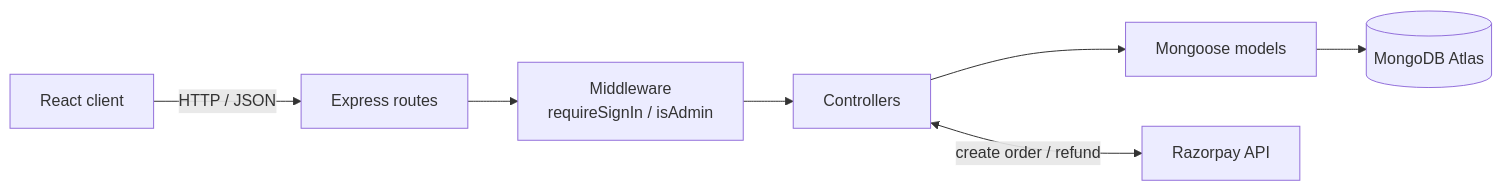
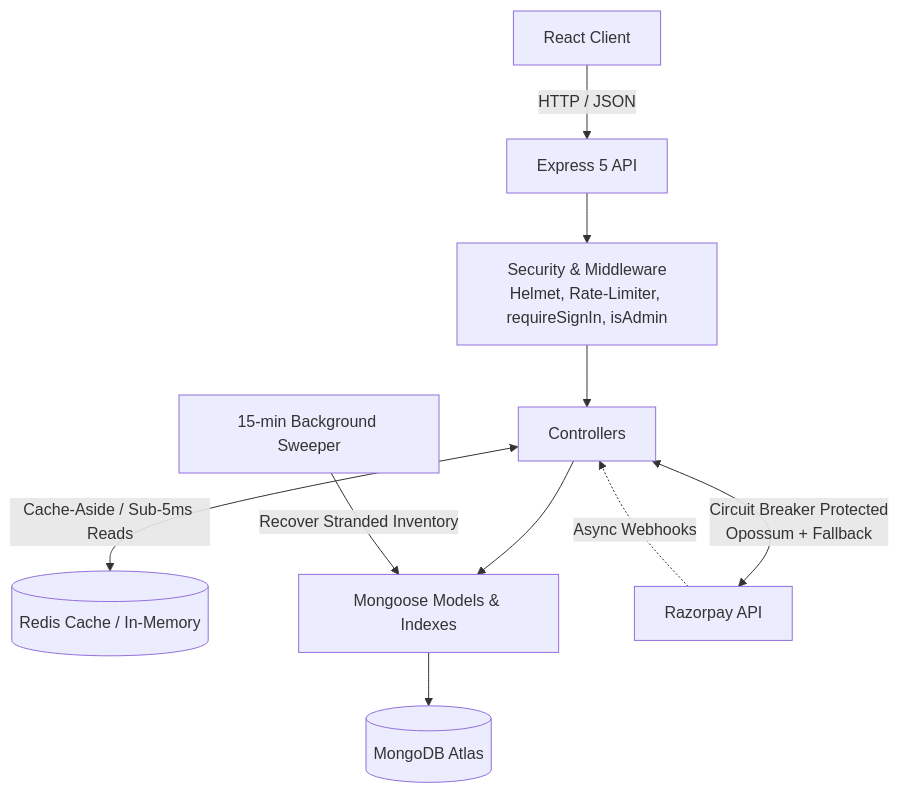
Before and after one commit to akshit-max/SnapCart-Ecommerce-APP: the first of 2 diagrams in README.md, drawn with Mermaid. The commit also changed other lines of this file and 8 other files, not shown here.

````diff
--- a/README.md
+++ b/README.md
@@ -91,9 +90,15 @@
 ```mermaid
-flowchart LR
-    A[React client] -->|HTTP / JSON| B[Express routes]
-    B --> C[Middleware<br/>requireSignIn / isAdmin]
+flowchart TD
+    A[React Client] -->|HTTP / JSON| B[Express 5 API]
+    B --> C[Security & Middleware<br/>Helmet, Rate-Limiter, requireSignIn, isAdmin]
+    
     C --> D[Controllers]
-    D --> E[Mongoose models]
+    D <-->|Cache-Aside / Sub-5ms Reads| R[(Redis Cache / In-Memory)]
+    D --> E[Mongoose Models & Indexes]
     E --> F[(MongoDB Atlas)]
-    D <-->|create order / refund| G[Razorpay API]
+    
+    D <-->|Circuit Breaker Protected<br/>Opossum + Fallback| G[Razorpay API]
+    G -.->|Async Webhooks| D
+    
+    H[15-min Background Sweeper] -->|Recover Stranded Inventory| E
 ```
````
